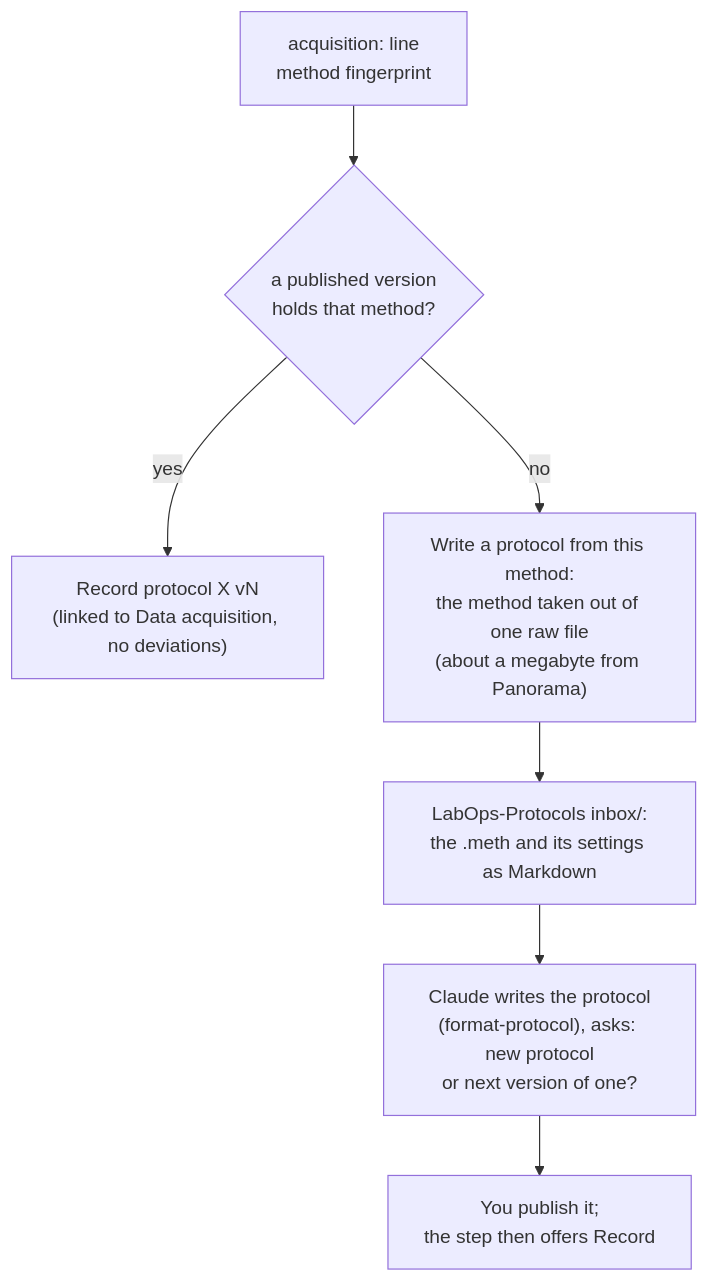
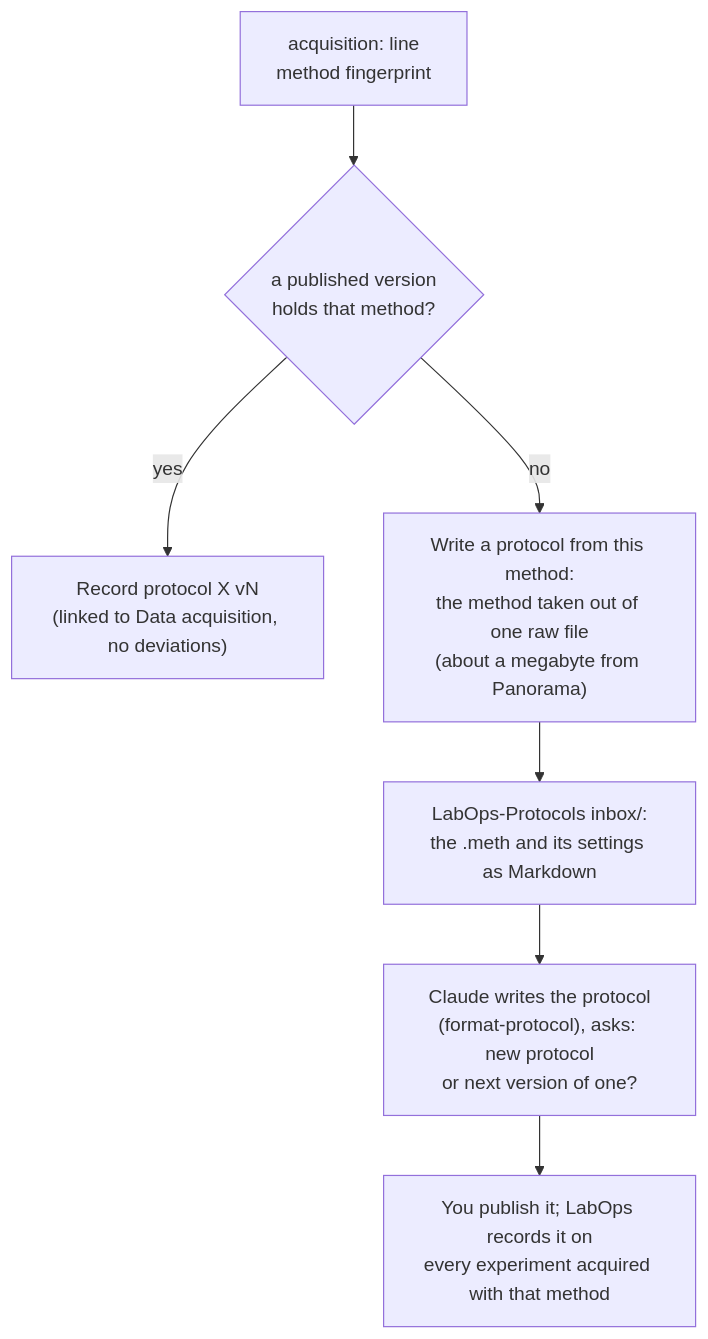
Before and after one commit to uw-maccosslab/LabOps: the eighth of 13 diagrams in docs/flows.md, drawn with Mermaid. The commit also changed other lines of this file and 6 other files, not shown here.

````diff
--- a/docs/flows.md
+++ b/docs/flows.md
@@ -286,9 +286,9 @@
 ```mermaid
 flowchart TB
     line["acquisition: line<br/>method fingerprint"] --> find{"a published version<br/>holds that method?"}
     find -- yes --> record["Record protocol X vN<br/>(linked to Data acquisition, no deviations)"]
     find -- no --> take["Write a protocol from this method:<br/>the method taken out of one raw file<br/>(about a megabyte from Panorama)"]
     take --> inbox["LabOps-Protocols inbox/:<br/>the .meth and its settings as Markdown"]
     inbox --> claude["Claude writes the protocol<br/>(format-protocol), asks: new protocol<br/>or next version of one?"]
-    claude --> publish["You publish it;<br/>the step then offers Record"]
+    claude --> publish["You publish it; LabOps records it on<br/>every experiment acquired with that method"]
 ```
````
